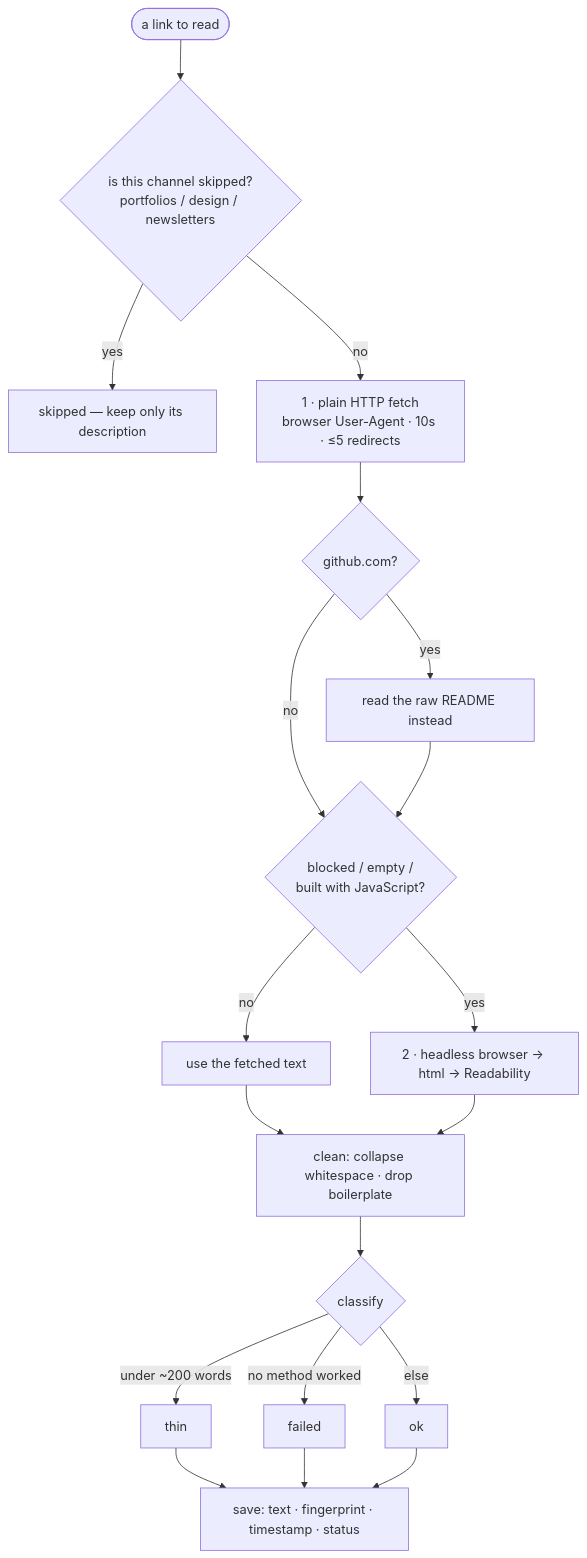
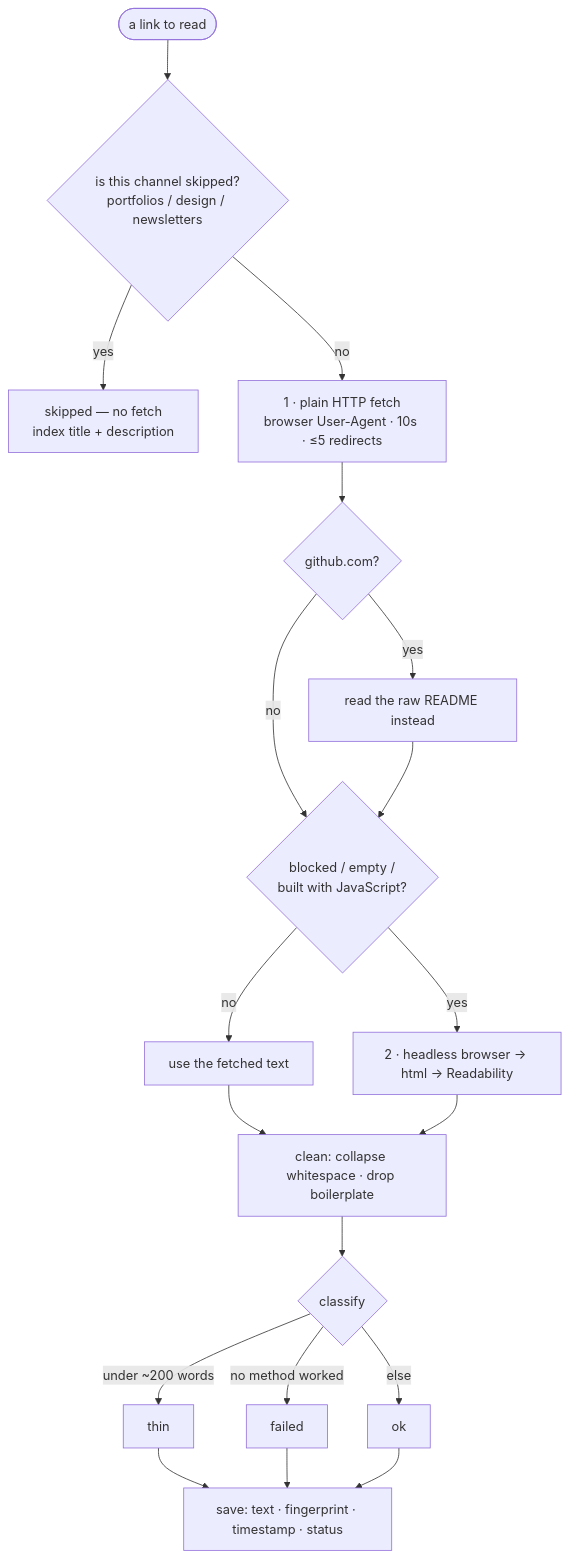
One commit to SouravInsights/souravinsights.com changed the diagram in docs/kb/02-extraction.md. Above: the diagram before and after it, drawn with Mermaid. The commit also changed other lines of this file and 3 other files, not shown here.

````diff
--- a/docs/kb/02-extraction.md
+++ b/docs/kb/02-extraction.md
@@ -12,21 +12,21 @@
 ```mermaid
 flowchart TD
     A(["a link to read"]) --> B{"is this channel skipped?<br/>portfolios / design / newsletters"}
-    B -->|yes| SKIP["skipped — keep only its description"]
+    B -->|yes| SKIP["skipped — no fetch<br/>index title + description"]
     B -->|no| FETCH["1 · plain HTTP fetch<br/>browser User-Agent · 10s · ≤5 redirects"]
     FETCH --> SPEC{"github.com?"}
     SPEC -->|yes| README["read the raw README instead"]
     SPEC -->|no| NEEDS{"blocked / empty /<br/>built with JavaScript?"}
     README --> NEEDS
     NEEDS -->|no| STATIC["use the fetched text"]
     NEEDS -->|yes| RENDER["2 · headless browser → html → Readability"]
     STATIC --> CLEAN["clean: collapse whitespace · drop boilerplate"]
     RENDER --> CLEAN
     CLEAN --> CLS{"classify"}
     CLS -->|"under ~200 words"| THIN["thin"]
     CLS -->|"no method worked"| FAIL["failed"]
     CLS -->|else| OK["ok"]
     THIN --> SAVE["save: text · fingerprint · timestamp · status"]
     FAIL --> SAVE
     OK --> SAVE
 ```
````
